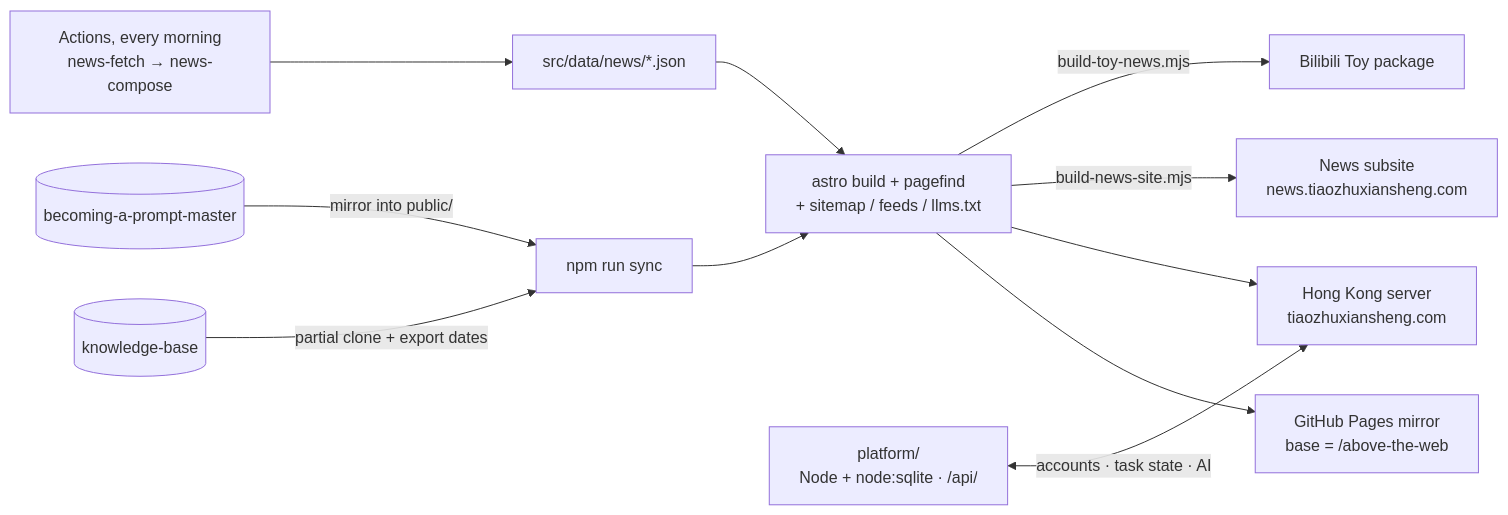
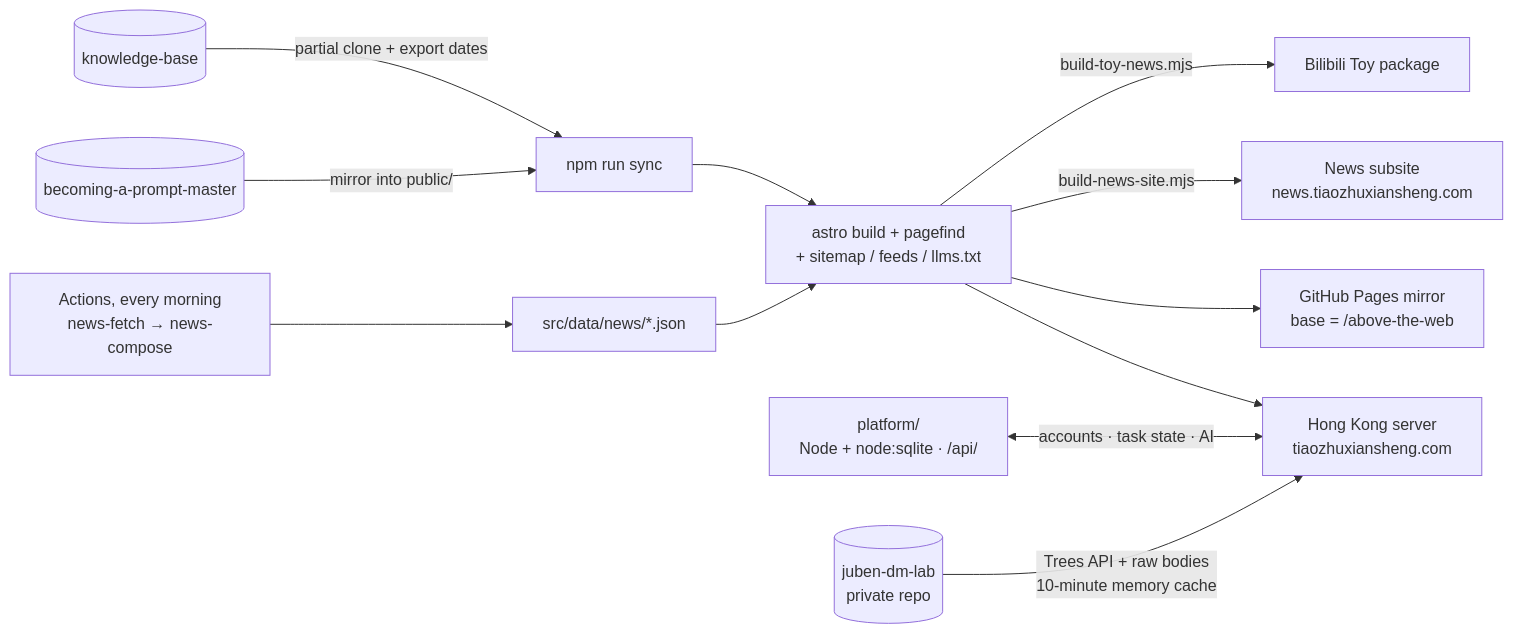
One commit to Mr-Salticidae/above-the-web changed the diagram in docs/README_EN.md. Above: the diagram before and after it, drawn with Mermaid. The commit also changed other lines of this file and 6 other files, not shown here.

````diff
--- a/docs/README_EN.md
+++ b/docs/README_EN.md
@@ -57,13 +62,14 @@
 ```mermaid
 flowchart LR
   KB[("knowledge-base")] -->|partial clone + export dates| SYNC["npm run sync"]
   PM[("becoming-a-prompt-master")] -->|mirror into public/| SYNC
   CRON["Actions, every morning<br/>news-fetch → news-compose"] --> NEWS["src/data/news/*.json"]
   SYNC --> BUILD["astro build + pagefind<br/>+ sitemap / feeds / llms.txt"]
   NEWS --> BUILD
   BUILD --> PAGES["GitHub Pages mirror<br/>base = /above-the-web"]
   BUILD --> HK["Hong Kong server<br/>tiaozhuxiansheng.com"]
   BUILD -->|build-news-site.mjs| SUB["News subsite<br/>news.tiaozhuxiansheng.com"]
   BUILD -->|build-toy-news.mjs| TOY["Bilibili Toy package"]
   API["platform/<br/>Node + node:sqlite · /api/"] <-->|accounts · task state · AI| HK
+  JB[("juben-dm-lab<br/>private repo")] -->|Trees API + raw bodies<br/>10-minute memory cache| HK
 ```
````
